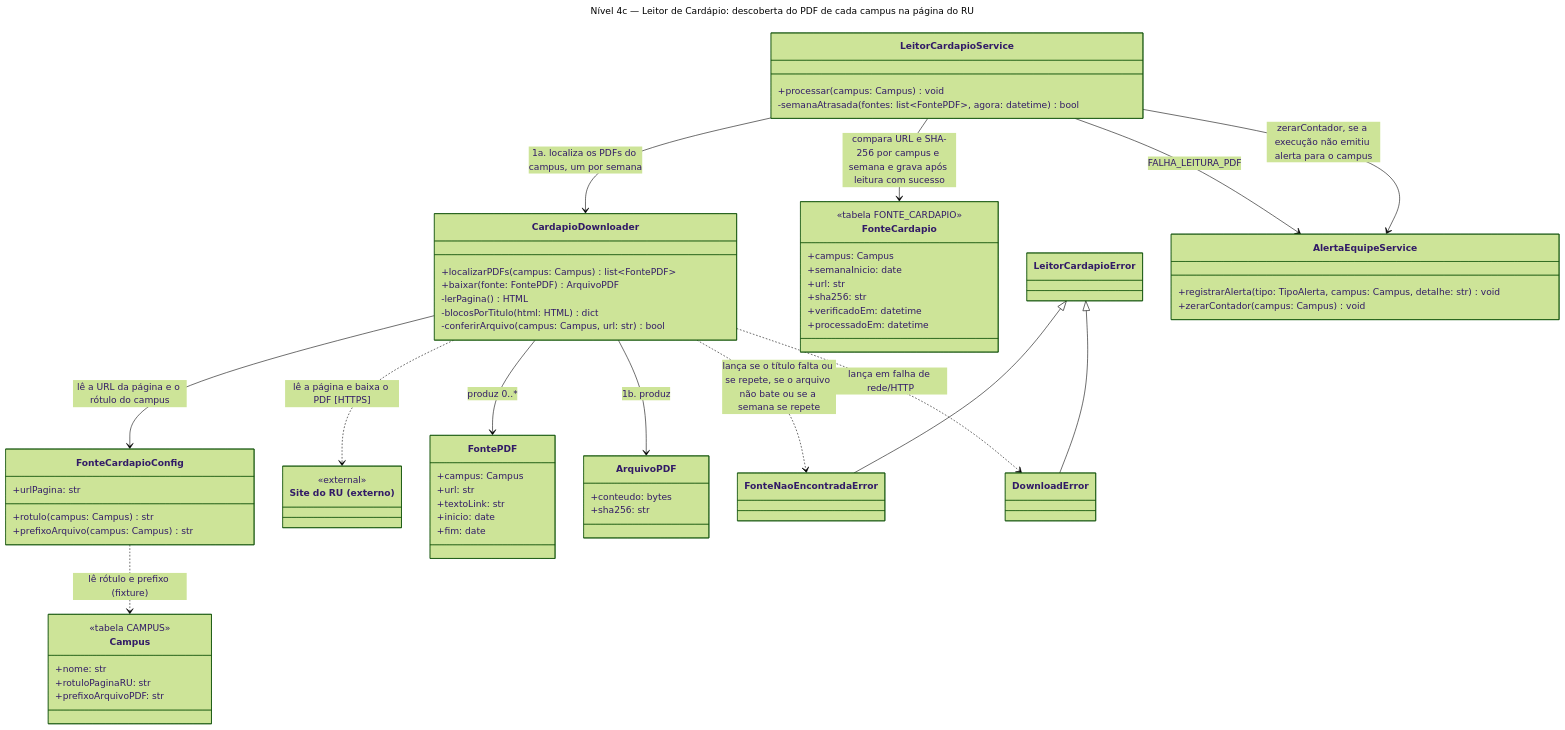
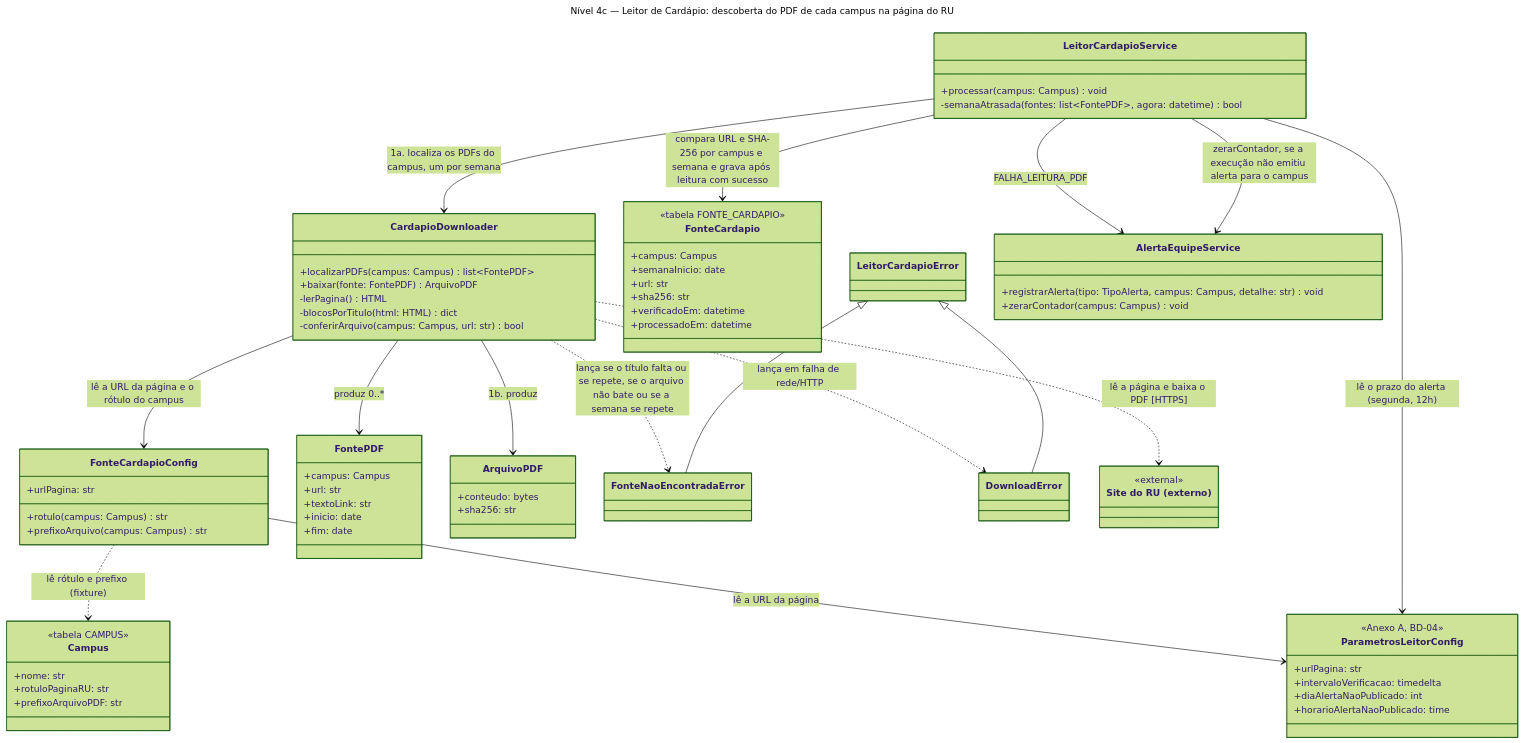
Before and after one commit to unb-mds/2026-2-Bandejao-UnB: the third of 3 diagrams in docs/arquitetura/backend/c4-nivel-4-leitor-cardapio.md, drawn with Mermaid (forest theme). The commit also changed other lines of this file and 4 other files, not shown here.

````diff
--- a/docs/arquitetura/backend/c4-nivel-4-leitor-cardapio.md
+++ b/docs/arquitetura/backend/c4-nivel-4-leitor-cardapio.md
@@ -281,72 +281,81 @@
 ```mermaid
 ---
 title: "Nível 4c — Leitor de Cardápio: descoberta do PDF de cada campus na página do RU"
 ---
 classDiagram
   class LeitorCardapioService {
     +processar(campus: Campus) void
     -semanaAtrasada(fontes: list~FontePDF~, agora: datetime) bool
   }
   class CardapioDownloader {
     +localizarPDFs(campus: Campus) list~FontePDF~
     +baixar(fonte: FontePDF) ArquivoPDF
     -lerPagina() HTML
     -blocosPorTitulo(html: HTML) dict
     -conferirArquivo(campus: Campus, url: str) bool
   }
   class FonteCardapioConfig {
     +urlPagina: str
     +rotulo(campus: Campus) str
     +prefixoArquivo(campus: Campus) str
+  }
+  class ParametrosLeitorConfig {
+    <<Anexo A, BD-04>>
+    +urlPagina: str
+    +intervaloVerificacao: timedelta
+    +diaAlertaNaoPublicado: int
+    +horarioAlertaNaoPublicado: time
   }
   class Campus {
     <<tabela CAMPUS>>
     +nome: str
     +rotuloPaginaRU: str
     +prefixoArquivoPDF: str
   }
   class FontePDF {
     +campus: Campus
     +url: str
     +textoLink: str
     +inicio: date
     +fim: date
   }
   class ArquivoPDF {
     +conteudo: bytes
     +sha256: str
   }
   class FonteCardapio {
     <<tabela FONTE_CARDAPIO>>
     +campus: Campus
     +semanaInicio: date
     +url: str
     +sha256: str
     +verificadoEm: datetime
     +processadoEm: datetime
   }
   class LeitorCardapioError
   class FonteNaoEncontradaError
   class DownloadError
   class AlertaEquipeService {
     +registrarAlerta(tipo: TipoAlerta, campus: Campus, detalhe: str) void
     +zerarContador(campus: Campus) void
   }
   class SiteRU["Site do RU (externo)"] {
     <<external>>
   }
 
   LeitorCardapioService --> CardapioDownloader : 1a. localiza os PDFs do campus, um por semana
   CardapioDownloader --> FonteCardapioConfig : lê a URL da página e o rótulo do campus
   FonteCardapioConfig ..> Campus : lê rótulo e prefixo (fixture)
+  FonteCardapioConfig --> ParametrosLeitorConfig : lê a URL da página
+  LeitorCardapioService --> ParametrosLeitorConfig : lê o prazo do alerta (segunda, 12h)
   CardapioDownloader ..> SiteRU : lê a página e baixa o PDF [HTTPS]
   CardapioDownloader --> FontePDF : produz 0..*
   CardapioDownloader --> ArquivoPDF : 1b. produz
   LeitorCardapioService --> FonteCardapio : compara URL e SHA-256 por campus e semana e grava após leitura com sucesso
   LeitorCardapioService --> AlertaEquipeService : FALHA_LEITURA_PDF
   LeitorCardapioService --> AlertaEquipeService : zerarContador, se a execução não emitiu alerta para o campus
   CardapioDownloader ..> FonteNaoEncontradaError : lança se o título falta ou se repete, se o arquivo não bate ou se a semana se repete
   CardapioDownloader ..> DownloadError : lança em falha de rede/HTTP
   LeitorCardapioError <|-- FonteNaoEncontradaError
   LeitorCardapioError <|-- DownloadError
 ```
````
